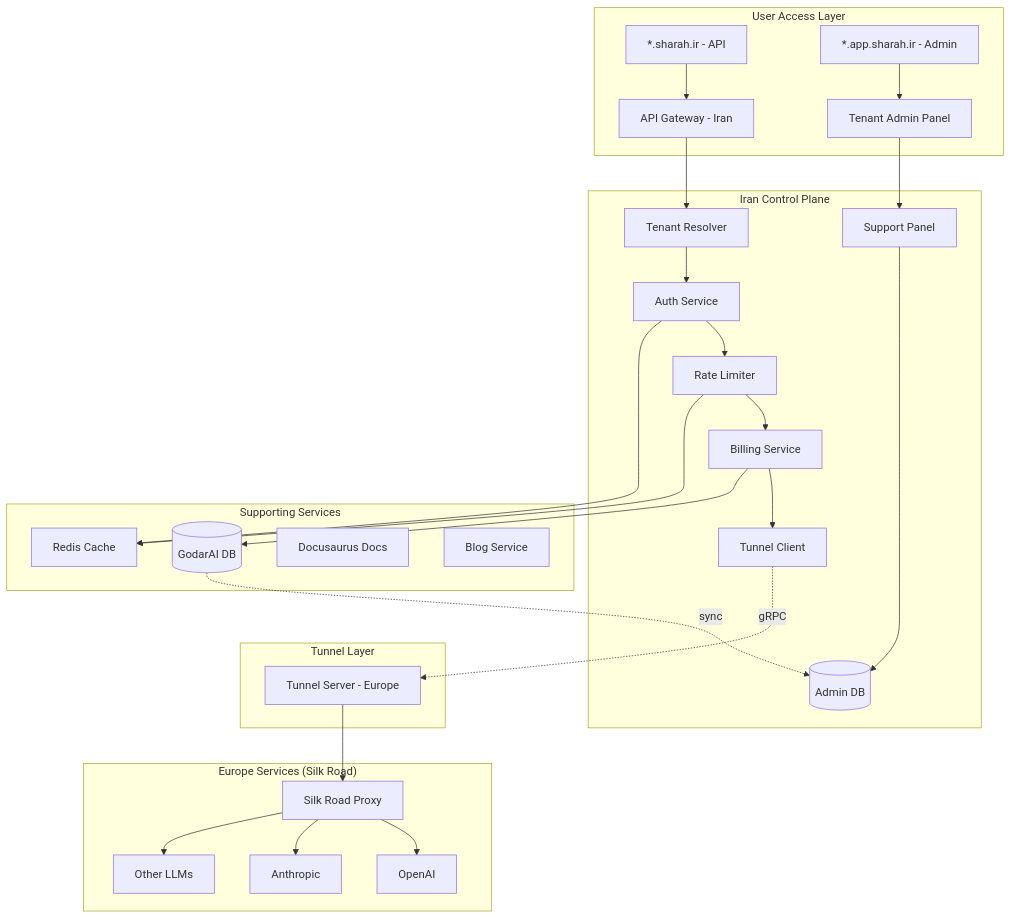
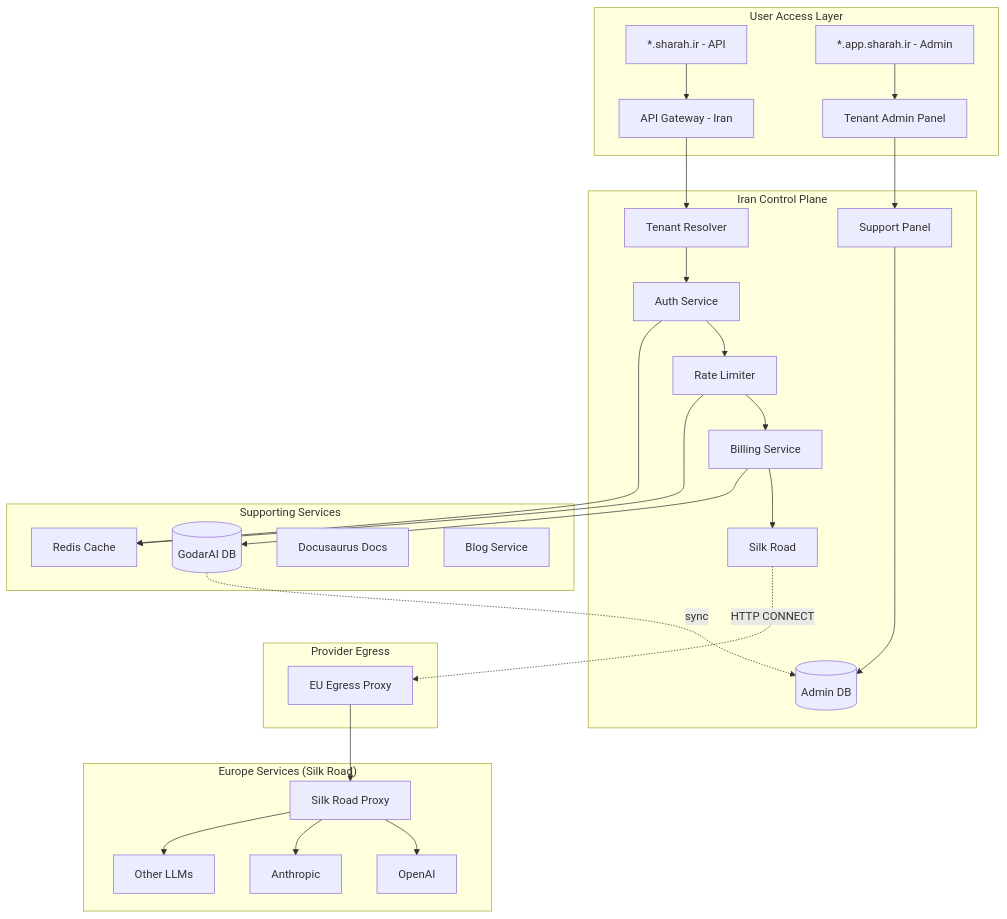
The diagram in plans/README.md (godarai-ir/Shahrah), drawn with Mermaid before and after one commit. The commit also changed other lines of this file and 42 other files, not shown here.

First line of the commit message:
Remove tunnel-server service and related files

````diff
--- a/plans/README.md
+++ b/plans/README.md
@@ -26,40 +25,40 @@
 ```mermaid
 graph TB
     subgraph "User Access Layer"
         A["*.sharah.ir - API"] --> B[API Gateway - Iran]
         C["*.app.sharah.ir - Admin"] --> D[Tenant Admin Panel]
     end
     
     subgraph "Iran Control Plane"
         B --> E[Tenant Resolver]
         E --> F[Auth Service]
         F --> G[Rate Limiter]
         G --> H[Billing Service]
-        H --> I[Tunnel Client]
+        H --> I[Silk Road]
         
         D --> J[Support Panel]
         J --> K[(Admin DB)]
     end
     
-    subgraph "Tunnel Layer"
-        I -. gRPC .-> L[Tunnel Server - Europe]
+    subgraph "Provider Egress"
+        I -. HTTP CONNECT .-> L[EU Egress Proxy]
     end
     
     subgraph "Europe Services (Silk Road)"
         L --> M[Silk Road Proxy]
         M --> N[OpenAI]
         M --> O[Anthropic]
         M --> P[Other LLMs]
     end
     
     subgraph "Supporting Services"
         Q[(GodarAI DB)] -. sync .-> K
         R[Redis Cache]
         S[Docusaurus Docs]
         T[Blog Service]
     end
     
     H --> Q
     F --> R
     G --> R
 ```
````
